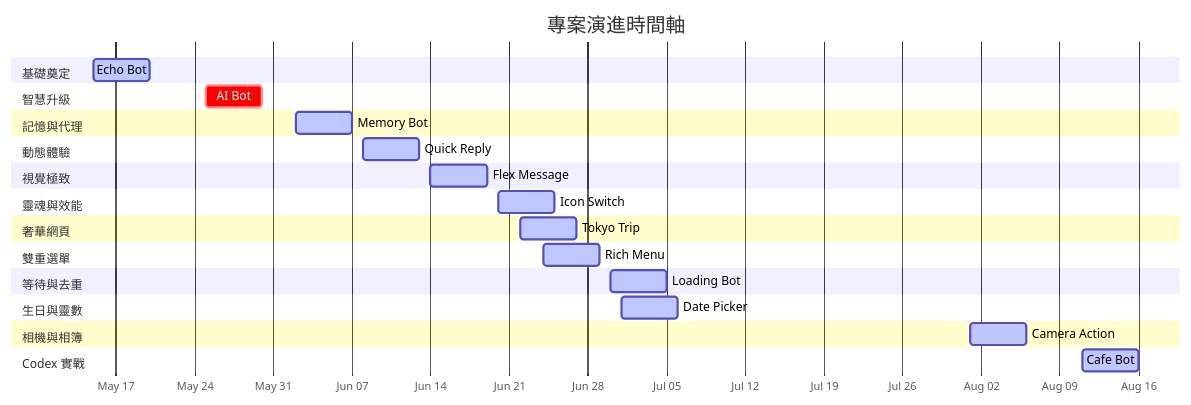
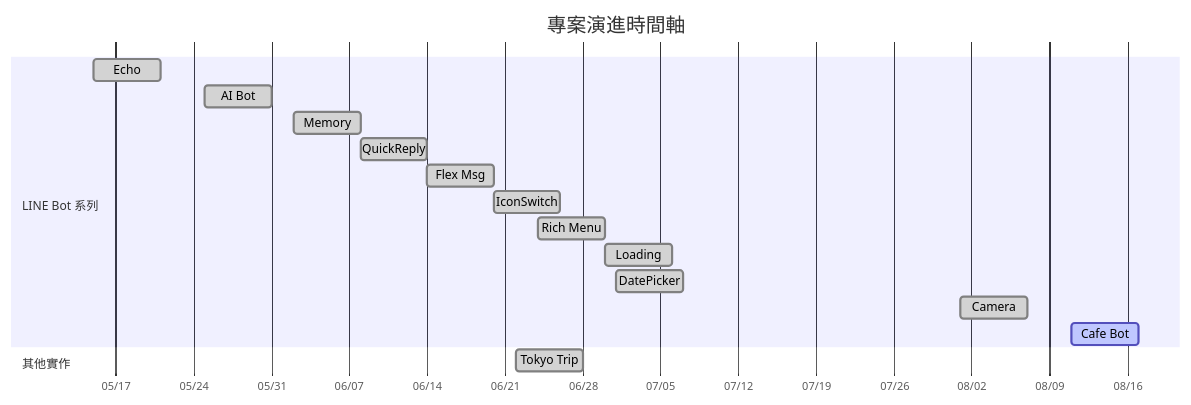
Before and after one commit to zonawang/zona-ai-learning-lab: the diagram in README.md, drawn with Mermaid.

Commit message:
Tidy timeline chart layout

````diff
--- a/README.md
+++ b/README.md
@@ -11,42 +11,22 @@
 ```mermaid
 gantt
     title 專案演進時間軸
-    dateFormat  YYYY-MM-DD
-    axisFormat  %b %d
-    
-    section 基礎奠定
-    Echo Bot :active, p1, 2026-05-15, 5d
-    
-    section 智慧升級
-    AI Bot :crit, p2, 2026-05-25, 5d
-    
-    section 記憶與代理
-    Memory Bot :active, p3, 2026-06-02, 5d
-    
-    section 動態體驗
-    Quick Reply :active, p4, 2026-06-08, 5d
-    
-    section 視覺極致
-    Flex Message :active, p5, 2026-06-14, 5d
-    
-    section 靈魂與效能
-    Icon Switch :active, p6, 2026-06-20, 5d
-    
-    section 奢華網頁
-    Tokyo Trip :active, p7, 2026-06-22, 5d
-    
-    section 雙重選單
-    Rich Menu :active, p8, 2026-06-24, 5d
-    
-    section 等待與去重
-    Loading Bot :active, p9, 2026-06-30, 5d
-    
-    section 生日與靈數
-    Date Picker :active, p10, 2026-07-01, 5d
-    
-    section 相機與相簿
-    Camera Action :active, p11, 2026-08-01, 5d
+    dateFormat YYYY-MM-DD
+    axisFormat %m/%d
 
-    section Codex 實戰
-    Cafe Bot :active, p12, 2026-08-11, 5d
+    section LINE Bot 系列
+    Echo        :done,   p1, 2026-05-15, 6d
+    AI Bot      :done,   p2, 2026-05-25, 6d
+    Memory      :done,   p3, 2026-06-02, 6d
+    QuickReply  :done,   p4, 2026-06-08, 6d
+    Flex Msg    :done,   p5, 2026-06-14, 6d
+    IconSwitch  :done,   p6, 2026-06-20, 6d
+    Rich Menu   :done,   p8, 2026-06-24, 6d
+    Loading     :done,   p9, 2026-06-30, 6d
+    DatePicker  :done,   p10, 2026-07-01, 6d
+    Camera      :done,   p11, 2026-08-01, 6d
+    Cafe Bot    :active, p12, 2026-08-11, 6d
+
+    section 其他實作
+    Tokyo Trip  :done,   p7, 2026-06-22, 6d
 ```
````
